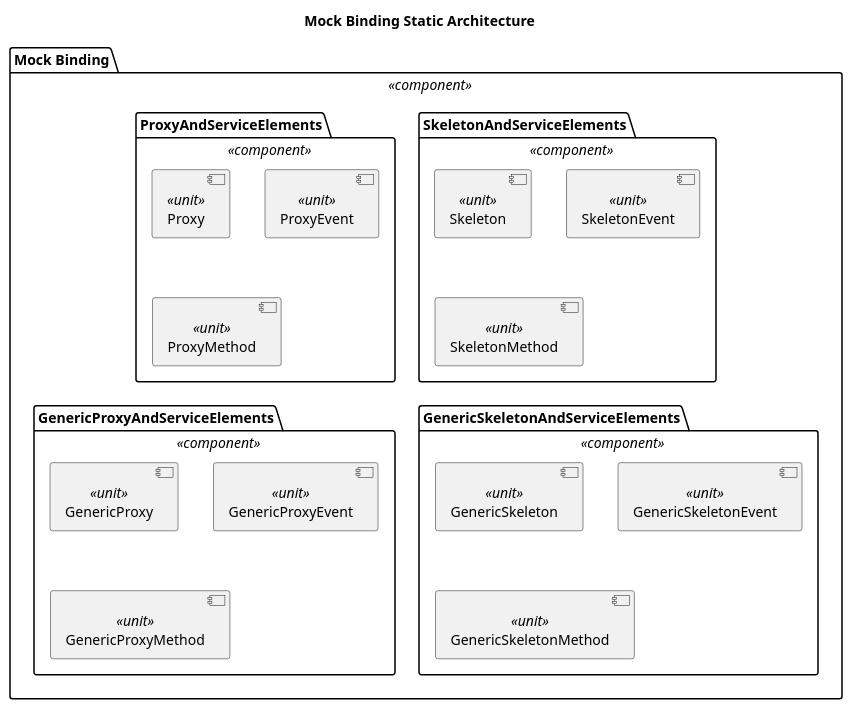
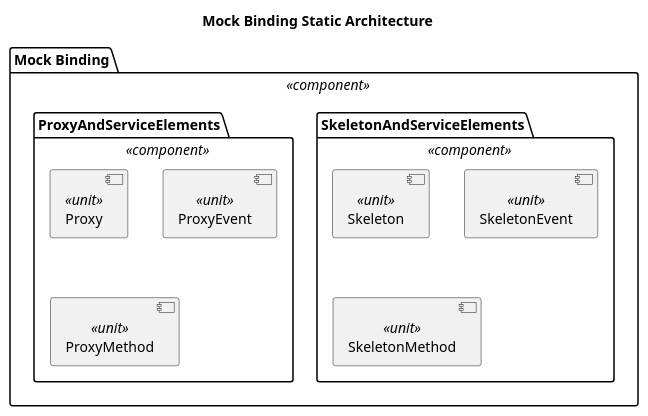
Before and after one commit to eclipse-score/communication: the diagram in score/mw/com/dependability/software_architectural_design/static_design/mock_binding.puml, drawn with PlantUML. The commit also changed 2 other files, not shown here.

Commit message:
safety_sentinel: Remove generic skeleton / proxy from binding
Since the binding level will soon be type erased, we no longer
differentiate between a SkeletonEvent and GenericEvent (and same for the
proxy side). Therefore, we can remove these units / components from the
binding level.

```diff
--- a/score/mw/com/dependability/software_architectural_design/static_design/mock_binding.puml
+++ b/score/mw/com/dependability/software_architectural_design/static_design/mock_binding.puml
@@ -13,30 +13,18 @@
 @startuml safety_sentinel_mock_binding_design
 title "Mock Binding Static Architecture"
 
 package "Mock Binding" as mock_binding <<component>> {
   package "SkeletonAndServiceElements" as mock_binding_skeleton_and_service_elements <<component>>  {
     component "Skeleton" as mock_binding_skeleton <<unit>> 
     component "SkeletonEvent" as mock_binding_skeleton_event <<unit>> 
     component "SkeletonMethod" as mock_binding_skeleton_method <<unit>> 
   }
 
   package "ProxyAndServiceElements" as mock_binding_proxy_and_service_elements <<component>>  {
     component "Proxy" as mock_binding_proxy <<unit>> 
     component "ProxyEvent" as mock_binding_proxy_event <<unit>> 
     component "ProxyMethod" as mock_binding_proxy_method <<unit>> 
   }
-
-  package "GenericSkeletonAndServiceElements" as mock_binding_generic_skeleton_and_service_elements <<component>>  {
-    component "GenericSkeleton" as mock_binding_generic_skeleton <<unit>> 
-    component "GenericSkeletonEvent" as mock_binding_generic_skeleton_event <<unit>> 
-    component "GenericSkeletonMethod" as mock_binding_generic_skeleton_method <<unit>> 
-  }
-
-  package "GenericProxyAndServiceElements" as mock_binding_generic_proxy_and_service_elements <<component>>  {
-    component "GenericProxy" as mock_binding_generic_proxy <<unit>> 
-    component "GenericProxyEvent" as mock_binding_generic_proxy_event <<unit>> 
-    component "GenericProxyMethod" as mock_binding_generic_proxy_method <<unit>> 
-  }
 }
 
 @enduml
```
